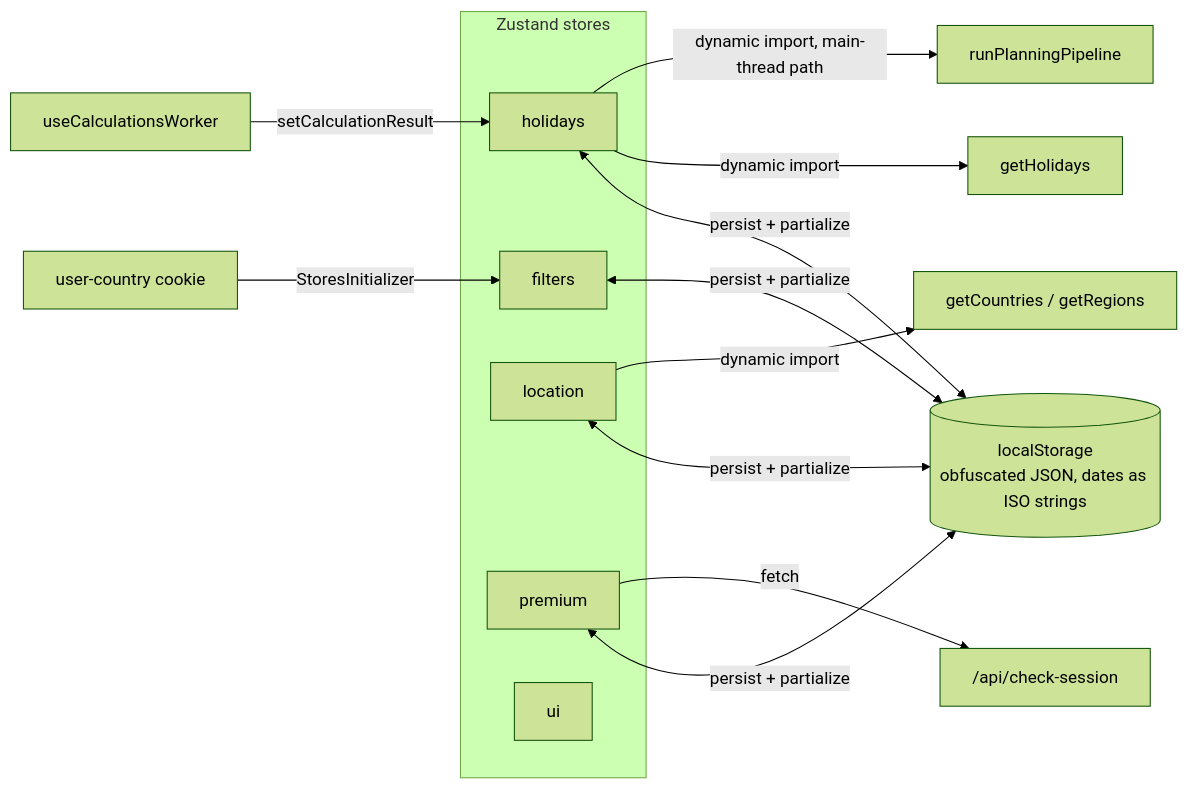
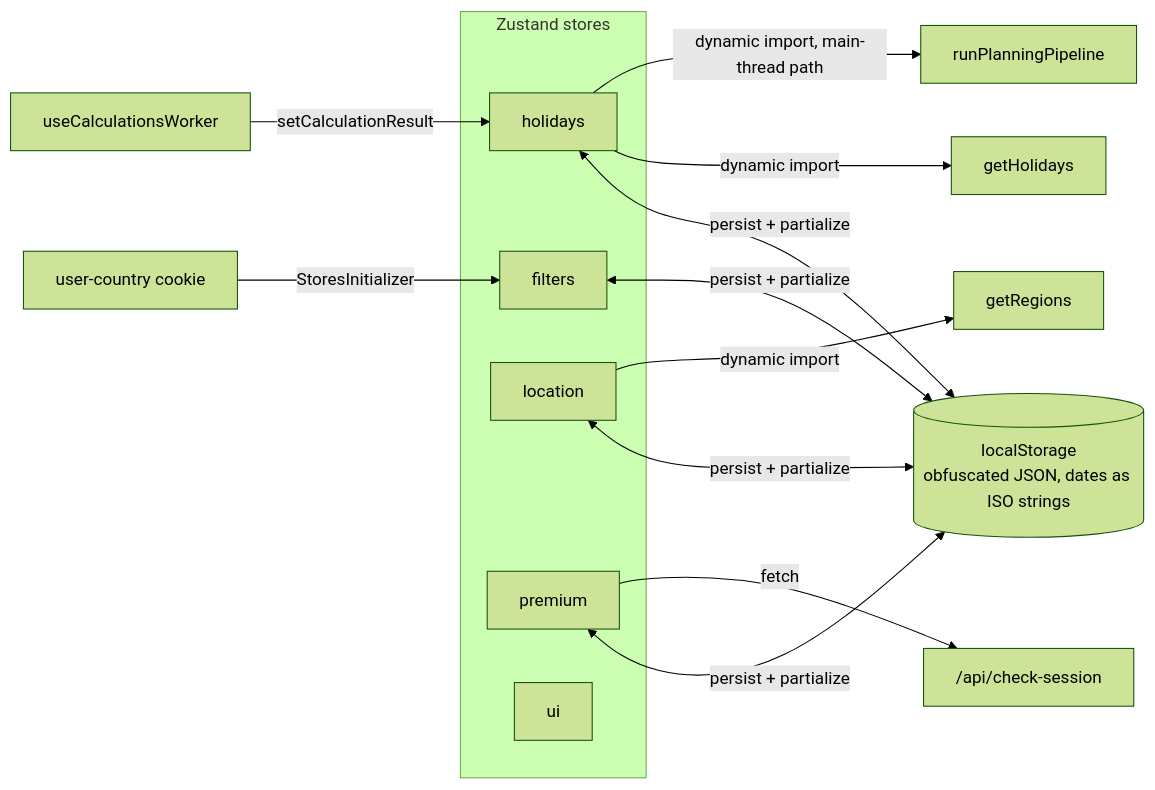
The diagram in apps/docs/src/content/docs/how-it-works/state-stores.mdx (fbuireu/forever-pto), drawn with Mermaid (forest theme) before and after one commit. The commit also changed other lines of this file and 232 other files, not shown here.

````diff
--- a/apps/docs/src/content/docs/how-it-works/state-stores.mdx
+++ b/apps/docs/src/content/docs/how-it-works/state-stores.mdx
@@ -9,18 +9,18 @@
 ```mermaid
 flowchart LR
   subgraph stores [Zustand stores]
     F[filters]
     H[holidays]
     L[location]
     P[premium]
     U[ui]
   end
   LS[(localStorage<br/>obfuscated JSON, dates as ISO strings)]
   F & H & L & P <-->|persist + partialize| LS
   H -->|dynamic import| GH[getHolidays]
   H -->|dynamic import, main-thread path| PIPE[runPlanningPipeline]
   W[useCalculationsWorker] -->|setCalculationResult| H
-  L -->|dynamic import| GC[getCountries / getRegions]
+  L -->|dynamic import| GC[getRegions]
   P -->|fetch| CS["/api/check-session"]
   CK[user-country cookie] -->|StoresInitializer| F
 ```
````
